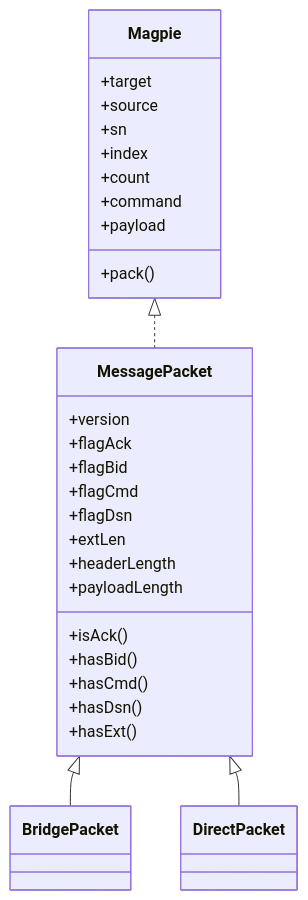
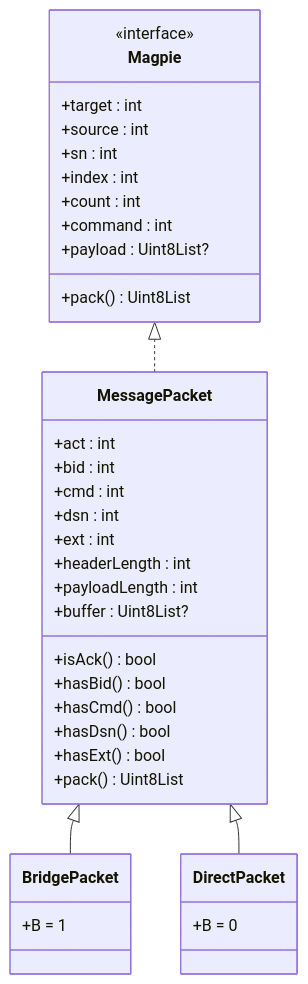
One commit to moky/magpie changed the diagram in docs/sdk.md. Above: the diagram before and after it, drawn with Mermaid. The commit also changed other lines of this file and 11 other files, not shown here.

````diff
--- a/docs/sdk.md
+++ b/docs/sdk.md
@@ -14,33 +14,40 @@
 ```mermaid
 classDiagram
     class Magpie {
-        +target
-        +source
-        +sn
-        +index
-        +count
-        +command
-        +payload
-        +pack()
+        <<interface>>
+        +target : int
+        +source : int
+        +sn : int
+        +index : int
+        +count : int
+        +command : int
+        +payload : Uint8List?
+        +pack() Uint8List
     }
     class MessagePacket {
-        +version
-        +flagAck
-        +flagBid
-        +flagCmd
-        +flagDsn
-        +extLen
-        +headerLength
-        +payloadLength
-        +isAck()
-        +hasBid()
-        +hasCmd()
-        +hasDsn()
-        +hasExt()
+        +act : int
+        +bid : int
+        +cmd : int
+        +dsn : int
+        +ext : int
+        +headerLength : int
+        +payloadLength : int
+        +buffer : Uint8List?
+        +isAck() bool
+        +hasBid() bool
+        +hasCmd() bool
+        +hasDsn() bool
+        +hasExt() bool
+        +pack() Uint8List
     }
-    class BridgePacket
-    class DirectPacket
+    class BridgePacket {
+        +B = 1
+    }
+    class DirectPacket {
+        +B = 0
+    }
+
     Magpie <|.. MessagePacket
     MessagePacket <|-- BridgePacket
     MessagePacket <|-- DirectPacket
 ```
````
